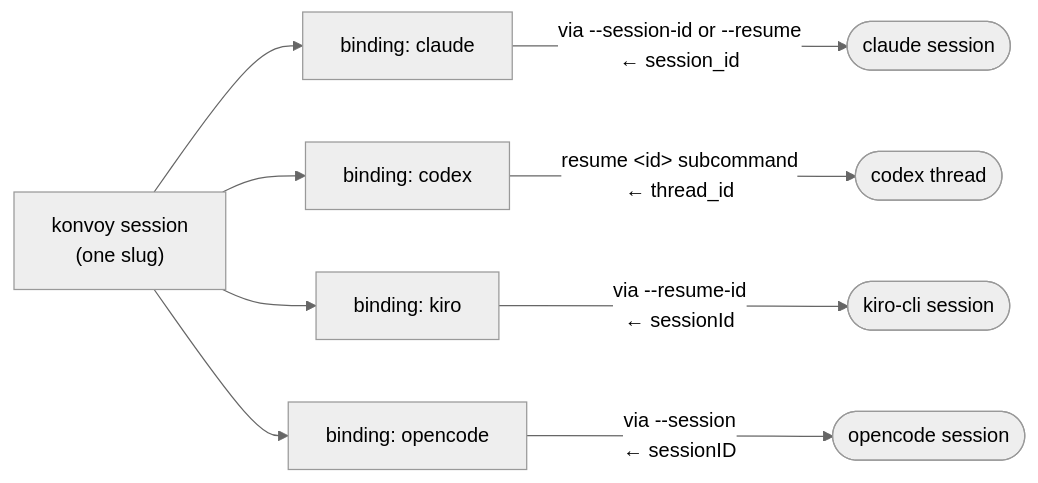
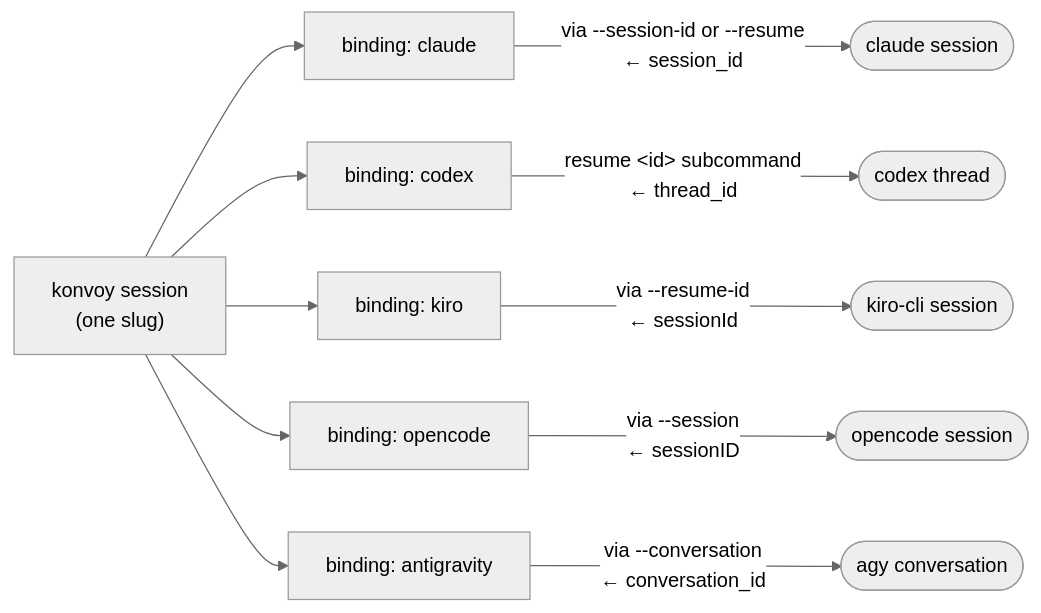
Before and after one commit to doguyilmaz/konvoy: the first of 2 diagrams in README.md, drawn with Mermaid (neutral theme). The commit also changed other lines of this file and 21 other files, not shown here.

Commit message:
feat: antigravity is konvoy's fifth agent, adapter and captures verified against the installed agy

````diff
--- a/README.md
+++ b/README.md
@@ -206,13 +207,15 @@
 ```mermaid
 flowchart LR
   session["konvoy session<br/>(one slug)"]
   session --> bClaude["binding: claude"]
   session --> bCodex["binding: codex"]
   session --> bKiro["binding: kiro"]
   session --> bOpencode["binding: opencode"]
+  session --> bAntigravity["binding: antigravity"]
 
   bClaude -->|"via --session-id or --resume<br/>← session_id"| claudeCli(["claude session"])
   bCodex -->|"resume &lt;id&gt; subcommand<br/>← thread_id"| codexCli(["codex thread"])
   bKiro -->|"via --resume-id<br/>← sessionId"| kiroCli(["kiro-cli session"])
   bOpencode -->|"via --session<br/>← sessionID"| opencodeCli(["opencode session"])
+  bAntigravity -->|"via --conversation<br/>← conversation_id"| agyCli(["agy conversation"])
 ```
````
